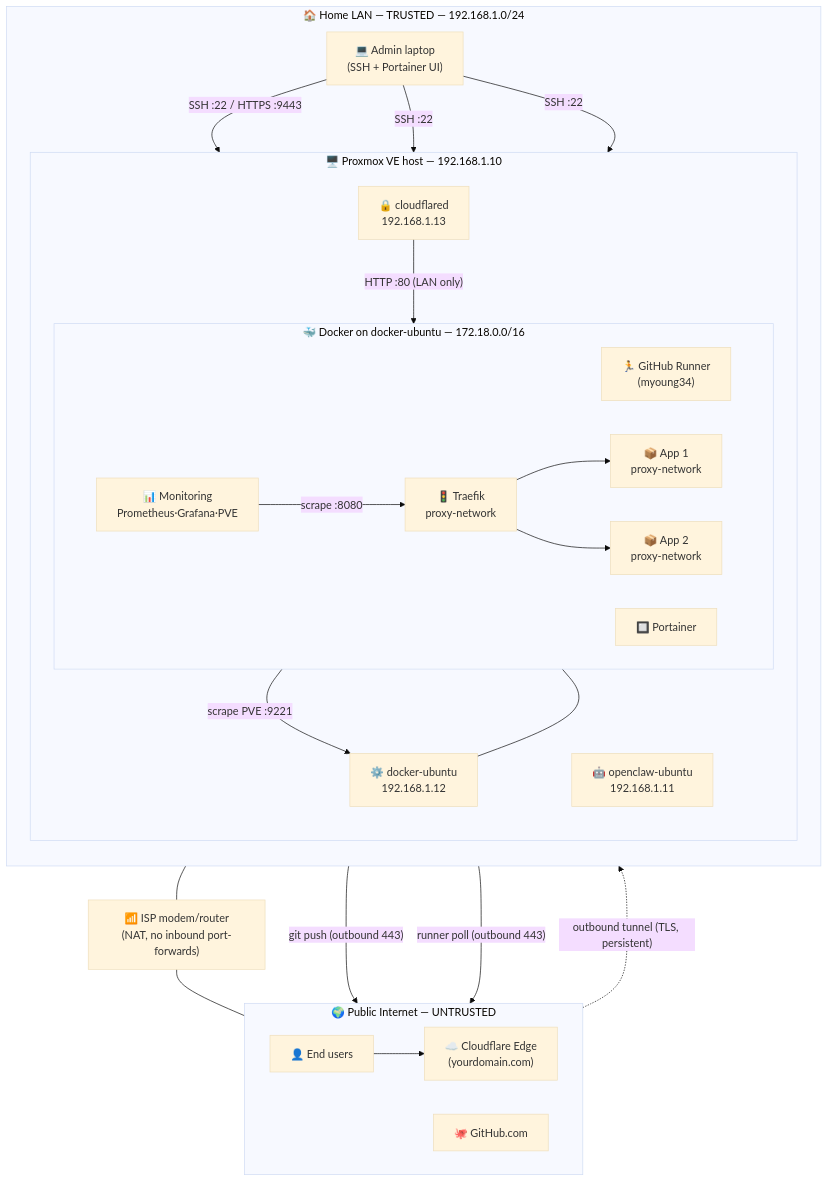
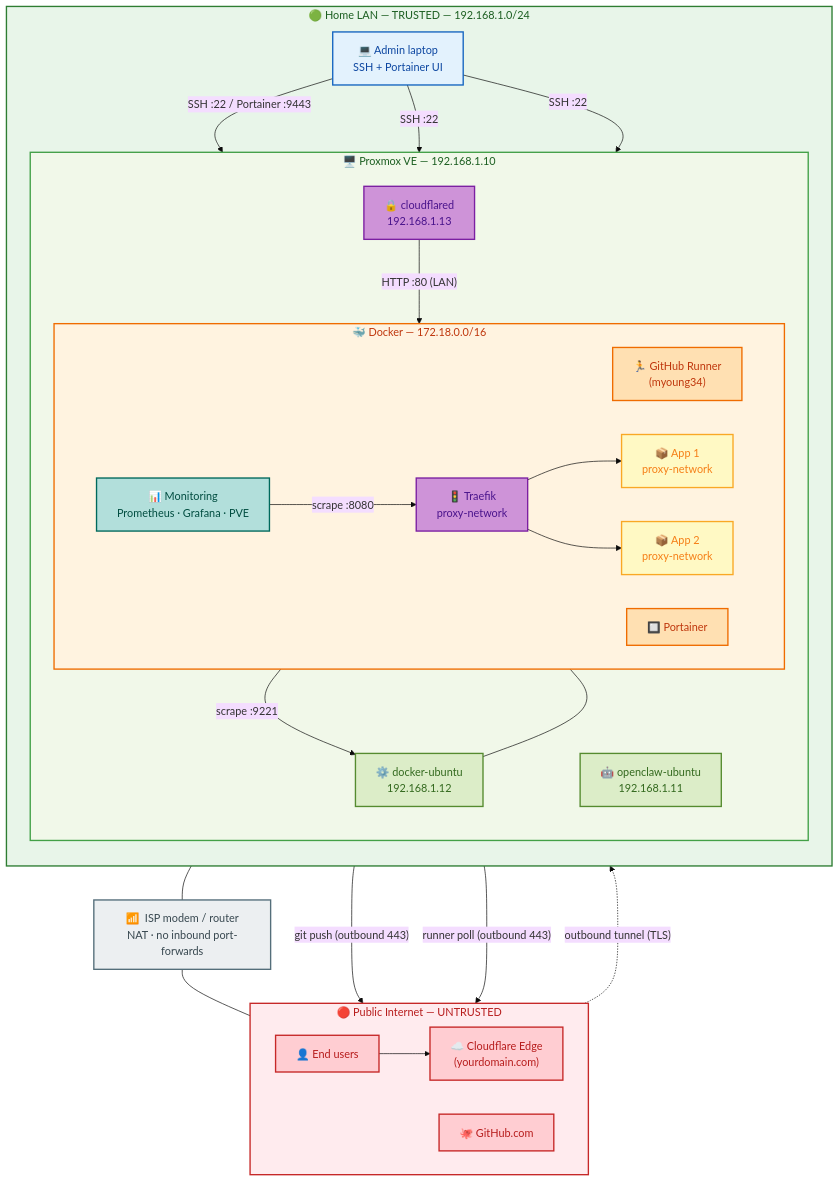
One commit to fire3san/homelabpipeline changed the second of 4 diagrams in README.md. Above: the diagram before and after it, drawn with Mermaid (base theme). The commit also changed other lines of this file, not shown here.

Commit message:
Redesign architecture diagrams with professional color-coded styling and fix broken emoji

````diff
--- a/README.md
+++ b/README.md
@@ -98,50 +119,75 @@
 ```mermaid
 flowchart TB
-    subgraph WAN["🌍 Public Internet — UNTRUSTED"]
+    subgraph WAN["🔴  Public Internet — UNTRUSTED"]
         direction LR
-        U["👤 End users"]
-        CFE["☁️ Cloudflare Edge<br/>(yourdomain.com)"]
-        GHC["🐙 GitHub.com"]
+        U["👤  End users"]
+        CFE["☁️  Cloudflare Edge<br/>(yourdomain.com)"]
+        GHC["🐙  GitHub.com"]
     end
 
-    ISP["📶 ISP modem/router<br/>(NAT, no inbound port-forwards)"]
+    ISP["📶  ISP modem / router<br/>NAT · no inbound port-forwards"]
 
-    subgraph LAN["🏠 Home LAN — TRUSTED — 192.168.1.0/24"]
+    subgraph LAN["🟢  Home LAN — TRUSTED — 192.168.1.0/24"]
         direction TB
-        Admin["💻 Admin laptop<br/>(SSH + Portainer UI)"]
-        subgraph PROX["🖥️ Proxmox VE host — 192.168.1.10"]
+        Admin["💻  Admin laptop<br/>SSH + Portainer UI"]
+        subgraph PROX["🖥️  Proxmox VE — 192.168.1.10"]
             direction TB
-            VMC["🤖 openclaw-ubuntu<br/>192.168.1.11"]
-            VMD["⚙️ docker-ubuntu<br/>192.168.1.12"]
-            VMT["🔒 cloudflared<br/>192.168.1.13"]
-            subgraph DOCK["🐳 Docker on docker-ubuntu — 172.18.0.0/16"]
+            VMC["🤖  openclaw-ubuntu<br/>192.168.1.11"]
+            VMD["⚙️  docker-ubuntu<br/>192.168.1.12"]
+            VMT["🔒  cloudflared<br/>192.168.1.13"]
+            subgraph DOCK["🐳  Docker — 172.18.0.0/16"]
                 direction LR
-                RUN["🏃 GitHub Runner<br/>(myoung34)"]
-                TRA["🚦 Traefik<br/>proxy-network"]
-                POR["🔲 Portainer"]
-                MON["📊 Monitoring<br/>Prometheus·Grafana·PVE"]
-                APP1["📦 App 1<br/>proxy-network"]
-                APP2["📦 App 2<br/>proxy-network"]
+                RUN["🏃  GitHub Runner<br/>(myoung34)"]
+                TRA["🚦  Traefik<br/>proxy-network"]
+                POR["🔲  Portainer"]
+                MON["📊  Monitoring<br/>Prometheus · Grafana · PVE"]
+                APP1["📦  App 1<br/>proxy-network"]
+                APP2["📦  App 2<br/>proxy-network"]
             end
             VMD --- DOCK
         end
     end
 
     U --> CFE
-    CFE -. "outbound tunnel (TLS, persistent)" .-> VMT
-    VMT -- "HTTP :80 (LAN only)" --> TRA
+    CFE -. "outbound tunnel (TLS)" .-> VMT
+    VMT -- "HTTP :80 (LAN)" --> TRA
     TRA --> APP1
     TRA --> APP2
     MON -- "scrape :8080" --> TRA
-    MON -- "scrape PVE :9221" --> VMD
+    MON -- "scrape :9221" --> VMD
 
     VMC -- "git push (outbound 443)" --> GHC
     RUN -- "runner poll (outbound 443)" --> GHC
 
-    Admin -- "SSH :22 / HTTPS :9443" --> VMD
+    Admin -- "SSH :22 / Portainer :9443" --> VMD
     Admin -- "SSH :22" --> VMC
     Admin -- "SSH :22" --> VMT
 
     LAN --- ISP
     ISP --- WAN
+
+    classDef untrusted    fill:#FFCDD2,stroke:#C62828,stroke-width:2px,color:#B71C1C
+    classDef isp          fill:#ECEFF1,stroke:#546E7A,stroke-width:2px,color:#37474F
+    classDef admin        fill:#E3F2FD,stroke:#1565C0,stroke-width:2px,color:#0D47A1
+    classDef lanvm        fill:#DCEDC8,stroke:#558B2F,stroke-width:2px,color:#33691E
+    classDef cloudflared  fill:#CE93D8,stroke:#7B1FA2,stroke-width:2px,color:#4A148C
+    classDef dockersvc    fill:#FFE0B2,stroke:#EF6C00,stroke-width:2px,color:#BF360C
+    classDef gateway      fill:#CE93D8,stroke:#7B1FA2,stroke-width:2px,color:#4A148C
+    classDef monitor      fill:#B2DFDB,stroke:#00695C,stroke-width:2px,color:#004D40
+    classDef apps         fill:#FFF9C4,stroke:#F9A825,stroke-width:2px,color:#F57F17
+
+    class U,CFE,GHC untrusted
+    class ISP isp
+    class Admin admin
+    class VMC,VMD lanvm
+    class VMT cloudflared
+    class RUN,POR dockersvc
+    class TRA gateway
+    class MON monitor
+    class APP1,APP2 apps
+
+    style WAN   fill:#FFEBEE,stroke:#C62828,stroke-width:2px,color:#B71C1C
+    style LAN   fill:#E8F5E9,stroke:#2E7D32,stroke-width:2px,color:#1B5E20
+    style PROX  fill:#F1F8E9,stroke:#43A047,stroke-width:2px,color:#1B5E20
+    style DOCK  fill:#FFF3E0,stroke:#EF6C00,stroke-width:2px,color:#BF360C
 ```
````
